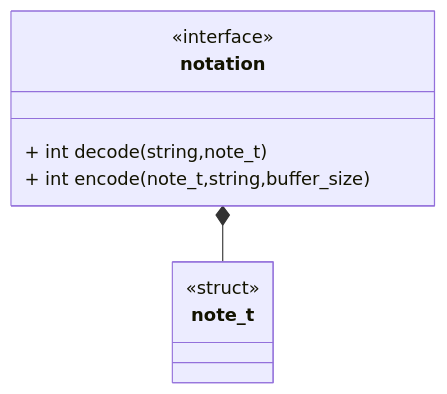
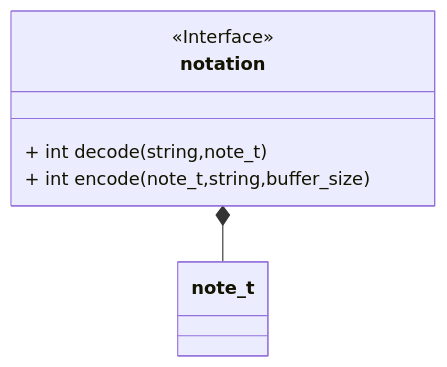
The diagram in sections/software/documentation/interfaces/notation.md (Joecstarr/thesis), drawn with Mermaid before and after one commit. The commit also changed 17 other files, not shown here.

Commit message:
Improve: Adds decorators for class diagrams. Adds two computations for arborescent generation.

````diff
--- a/sections/software/documentation/interfaces/notation.md
+++ b/sections/software/documentation/interfaces/notation.md
@@ -13,14 +13,14 @@
 ```mermaid
 classDiagram
     notation *-- note_t
     class notation {
-        <<interface>>
+        <<Interface>>
         + int decode(string,note_t)
         + int encode(note_t,string,buffer_size)
     }
 
     class note_t {
-        <<struct>>
+
     }
 
 ```
````
